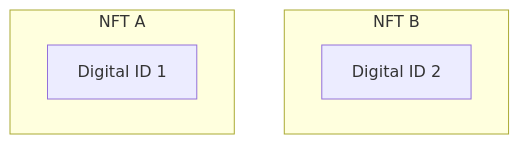
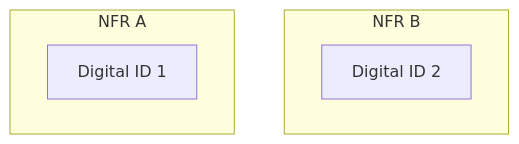
The diagram in pages/whitepaper/whitepaper_durable.mmd (realizse/realitemsdocs), drawn with Mermaid before and after one commit. The commit also changed 8 other files, not shown here.

```diff
--- a/pages/whitepaper/whitepaper_durable.mmd
+++ b/pages/whitepaper/whitepaper_durable.mmd
@@ -1,7 +1,7 @@
 graph TD;
-    subgraph NFT B
+    subgraph NFR B
       B[Digital ID 2]
     end
-    subgraph NFT A
+    subgraph NFR A
       A[Digital ID 1]
     end
```
